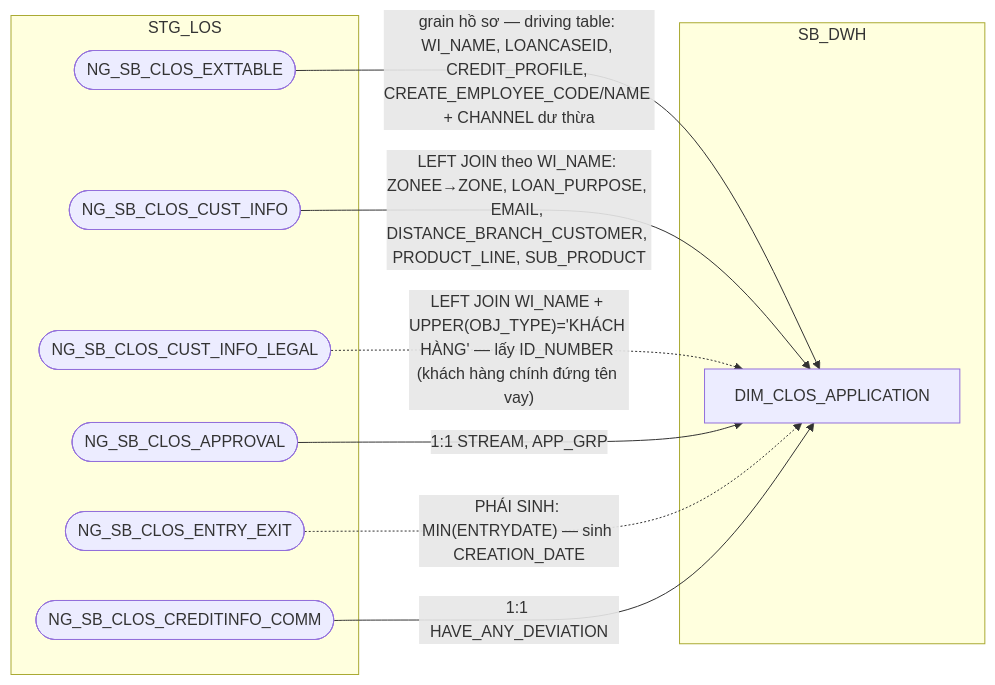
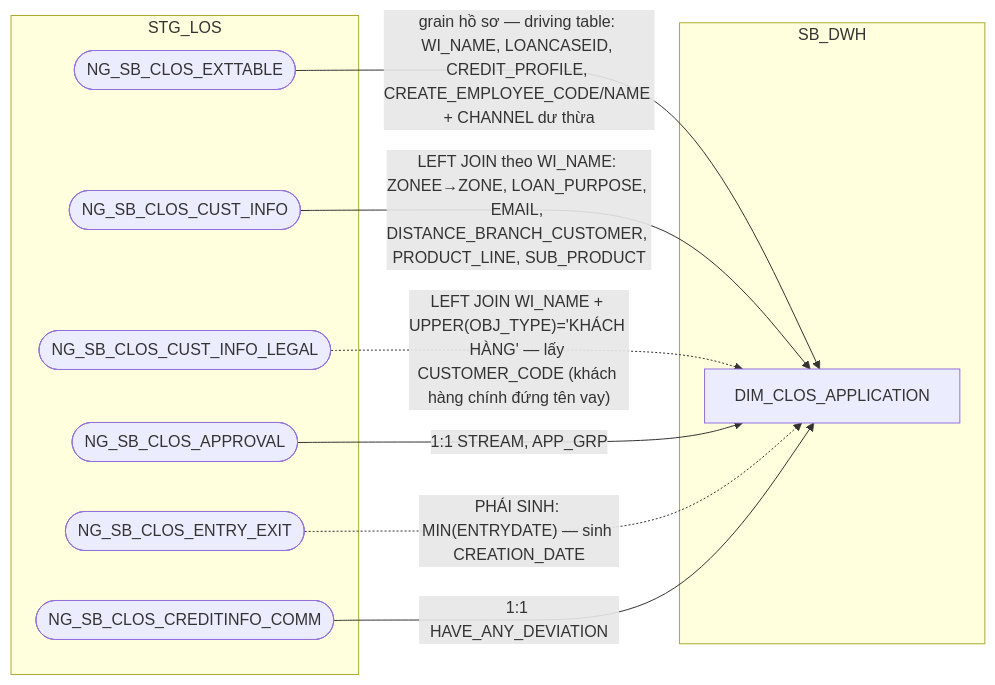
One commit to chien1198/sb-mapping-gen changed the third of 14 diagrams in hld/hld_review/HLD_DIM_SB_DWH_review.md. Above: the diagram before and after it, drawn with Mermaid. The commit also changed other lines of this file and 39 other files, not shown here.

````diff
--- a/hld/hld_review/HLD_DIM_SB_DWH_review.md
+++ b/hld/hld_review/HLD_DIM_SB_DWH_review.md
@@ -156,20 +156,20 @@
 ```mermaid
 flowchart LR
     subgraph STG_LOS
         A(["NG_SB_CLOS_CUST_INFO"])
         B(["NG_SB_CLOS_APPROVAL"])
         C(["NG_SB_CLOS_EXTTABLE"])
         E(["NG_SB_CLOS_ENTRY_EXIT"])
         G(["NG_SB_CLOS_CREDITINFO_COMM"])
         L(["NG_SB_CLOS_CUST_INFO_LEGAL"])
     end
     subgraph SB_DWH
         F["DIM_CLOS_APPLICATION"]
     end
     C -->|"grain hồ sơ — driving table: WI_NAME, LOANCASEID, CREDIT_PROFILE, CREATE_EMPLOYEE_CODE/NAME + CHANNEL dư thừa"| F
     A -->|"LEFT JOIN theo WI_NAME: ZONEE→ZONE, LOAN_PURPOSE, EMAIL, DISTANCE_BRANCH_CUSTOMER, PRODUCT_LINE, SUB_PRODUCT "| F
-    L -.->|"LEFT JOIN WI_NAME + UPPER(OBJ_TYPE)='KHÁCH HÀNG' — lấy ID_NUMBER (khách hàng chính đứng tên vay)"| F
+    L -.->|"LEFT JOIN WI_NAME + UPPER(OBJ_TYPE)='KHÁCH HÀNG' — lấy CUSTOMER_CODE (khách hàng chính đứng tên vay)"| F
     B -->|"1:1 STREAM, APP_GRP"| F
     E -.->|"PHÁI SINH: MIN(ENTRYDATE) — sinh CREATION_DATE"| F
     G -->|1:1 HAVE_ANY_DEVIATION| F
 ```
````
